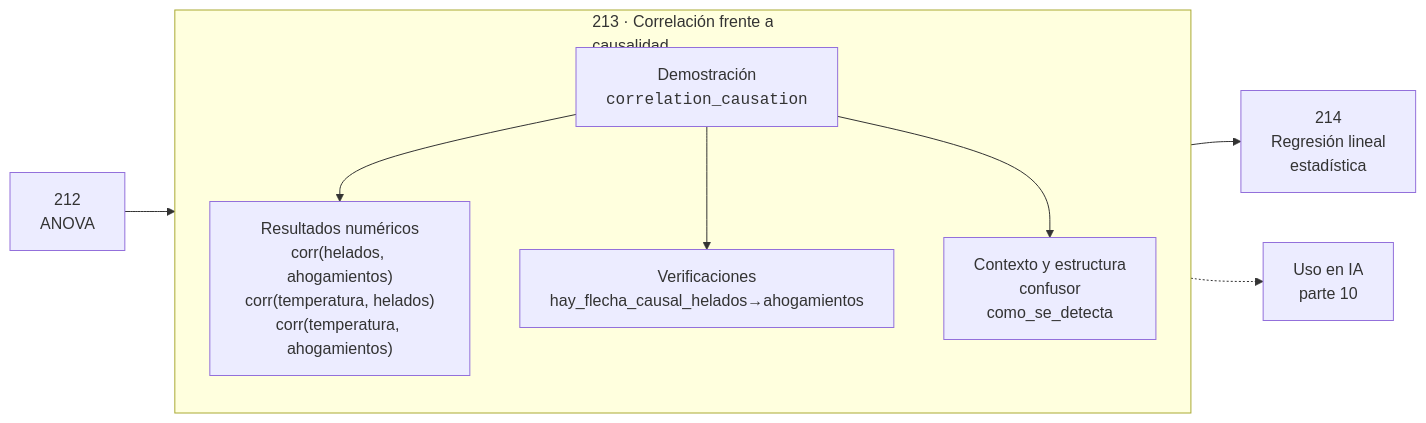
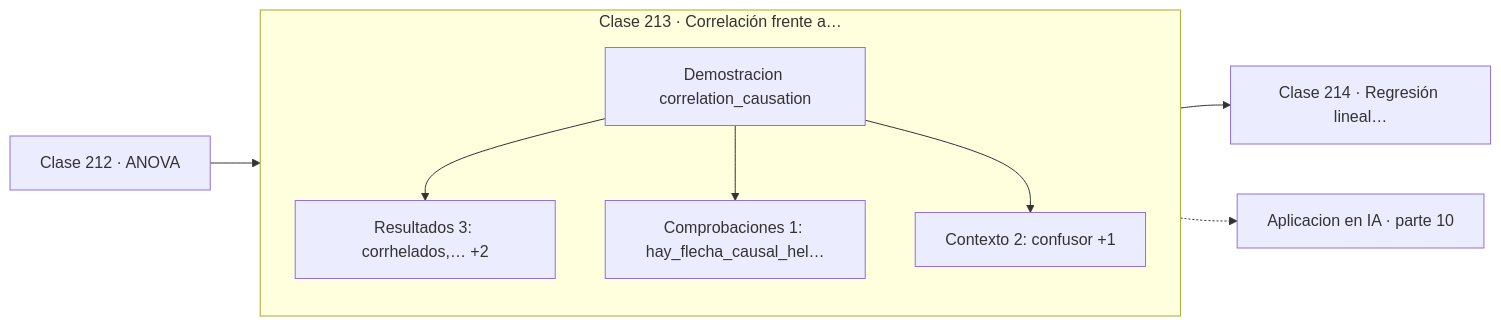
Before and after one commit to vladimiracunadev-create/computational-mathematics-program: the diagram in classes/part-10-estadistica-e-inferencia/213-correlacion-frente-a-causalidad/README.md, drawn with Mermaid. The commit also changed 389 other files, not shown here.

First line of the commit message:
fix(diagramas): elimina el HTML de las etiquetas Mermaid

````diff
--- a/classes/part-10-estadistica-e-inferencia/213-correlacion-frente-a-causalidad/README.md
+++ b/classes/part-10-estadistica-e-inferencia/213-correlacion-frente-a-causalidad/README.md
@@ -30,12 +30,13 @@
 ```mermaid
 flowchart LR
-    P["212<br/>ANOVA"] --> C
-    subgraph C["213 · Correlación frente a<br/>causalidad"]
+    P["Clase 212 · ANOVA"] --> D
+    subgraph CLASE["Clase 213 · Correlación frente a…"]
         direction TB
-        D["Demostración<br/><code>correlation_causation</code>"] --> R["Resultados numéricos<br/>corr(helados, ahogamientos)<br/>corr(temperatura, helados)<br/>corr(temperatura, ahogamientos)"]
-        D --> V["Verificaciones<br/>hay_flecha_causal_helados→ahogamientos"]
-        D --> O["Contexto y estructura<br/>confusor<br/>como_se_detecta"]
+        D["Demostracion correlation_causation"]
+        D --> R["Resultados 3: corrhelados,… +2"]
+        D --> V["Comprobaciones 1: hay_flecha_causal_hel…"]
+        D --> O["Contexto 2: confusor +1"]
     end
-    C --> N["214<br/>Regresión lineal<br/>estadística"]
-    C -.-> IA["Uso en IA<br/>parte 10"]
+    R --> N["Clase 214 · Regresión lineal…"]
+    V -.-> IA["Aplicacion en IA · parte 10"]
 ```
````
